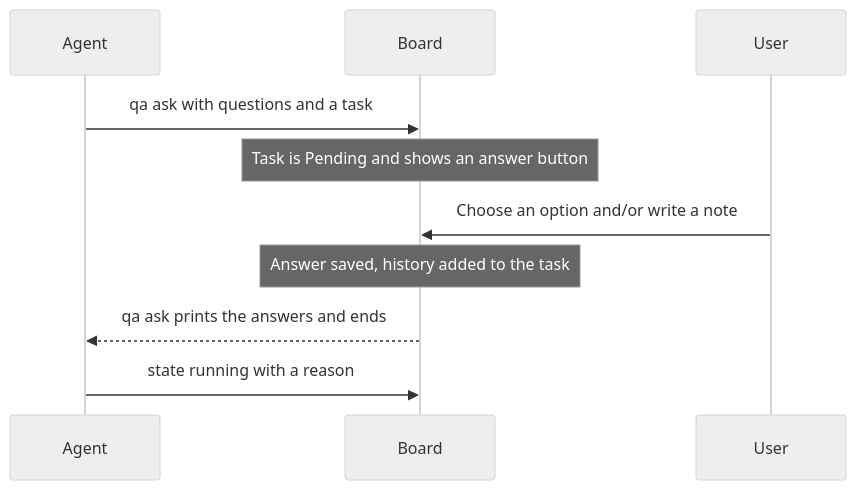
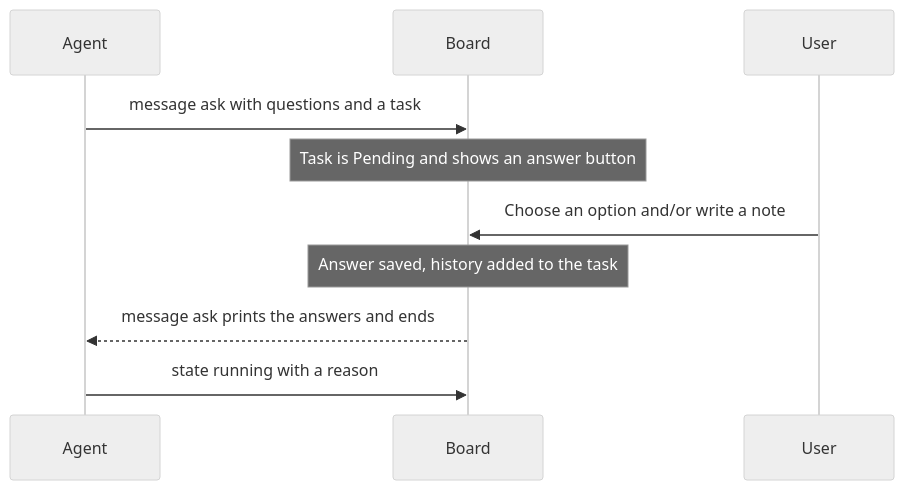
The diagram in docs/guide/delegate/decisions.md (FooQoo/agent-board), drawn with Mermaid (neutral theme) before and after one commit. The commit also changed other lines of this file and 52 other files, not shown here.

````diff
--- a/docs/guide/delegate/decisions.md
+++ b/docs/guide/delegate/decisions.md
@@ -88,12 +84,12 @@
 ```mermaid
 sequenceDiagram
     participant A as Agent
     participant B as Board
     participant U as User
-    A->>B: qa ask with questions and a task
+    A->>B: message ask with questions and a task
     Note over B: Task is Pending and shows an answer button
     U->>B: Choose an option and/or write a note
     Note over B: Answer saved, history added to the task
-    B-->>A: qa ask prints the answers and ends
+    B-->>A: message ask prints the answers and ends
     A->>B: state running with a reason
 ```
````
